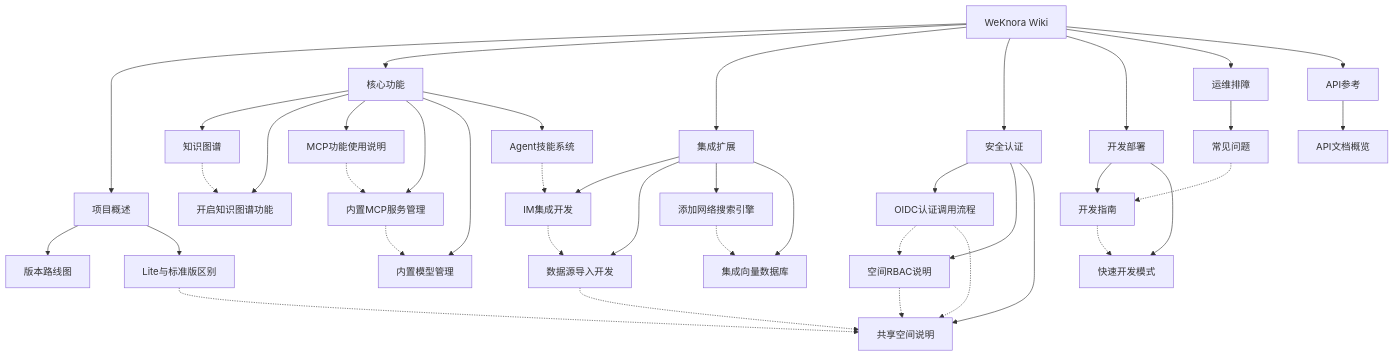
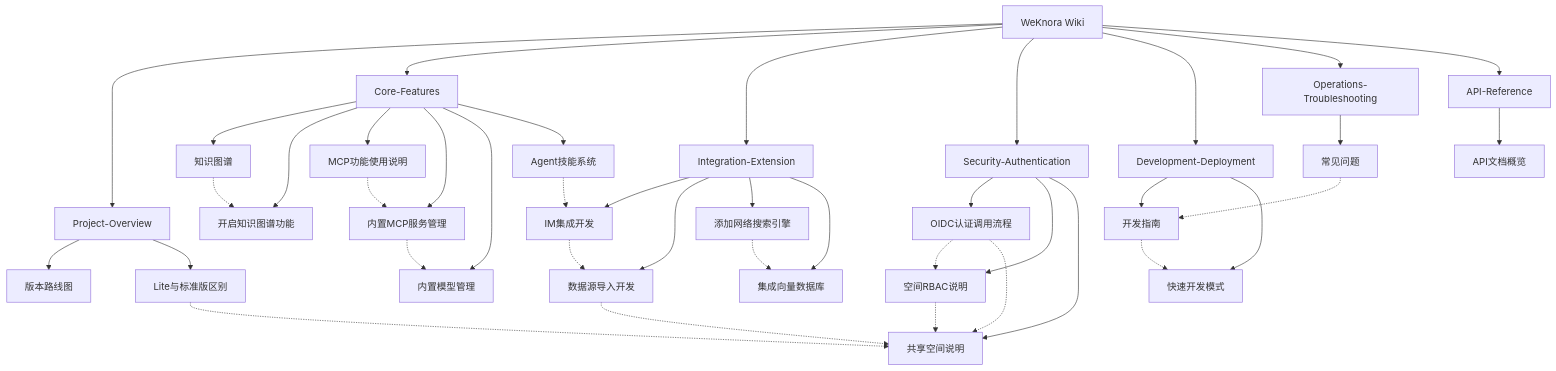
One commit to quantmind-br/WeKnora changed the diagram in docs/wiki/Home.md. Above: the diagram before and after it, drawn with Mermaid. The commit also changed other lines of this file and 49 other files, not shown here.

````diff
--- a/docs/wiki/Home.md
+++ b/docs/wiki/Home.md
@@ -71,51 +71,51 @@
 ```mermaid
 graph TB
     Home[WeKnora Wiki]
-    Home --> 项目概述
-    Home --> 核心功能
-    Home --> 集成扩展
-    Home --> 安全认证
-    Home --> 开发部署
-    Home --> 运维排障
-    Home --> API参考
+    Home --> Project-Overview
+    Home --> Core-Features
+    Home --> Integration-Extension
+    Home --> Security-Authentication
+    Home --> Development-Deployment
+    Home --> Operations-Troubleshooting
+    Home --> API-Reference
 
-    项目概述 --> ROADMAP[版本路线图]
-    项目概述 --> LITE[Lite与标准版区别]
+    Project-Overview --> ROADMAP[版本路线图]
+    Project-Overview --> LITE[Lite与标准版区别]
 
-    核心功能 --> KG[知识图谱]
-    核心功能 --> KGSetup[开启知识图谱功能]
-    核心功能 --> MCP[MCP功能使用说明]
-    核心功能 --> BuiltinMCP[内置MCP服务管理]
-    核心功能 --> BuiltinModel[内置模型管理]
-    核心功能 --> Skills[Agent技能系统]
+    Core-Features --> KG[知识图谱]
+    Core-Features --> KGSetup[开启知识图谱功能]
+    Core-Features --> MCP[MCP功能使用说明]
+    Core-Features --> BuiltinMCP[内置MCP服务管理]
+    Core-Features --> BuiltinModel[内置模型管理]
+    Core-Features --> Skills[Agent技能系统]
 
-    集成扩展 --> IM[IM集成开发]
-    集成扩展 --> DS[数据源导入开发]
-    集成扩展 --> WebSearch[添加网络搜索引擎]
-    集成扩展 --> VecDB[集成向量数据库]
+    Integration-Extension --> IM[IM集成开发]
+    Integration-Extension --> DS[数据源导入开发]
+    Integration-Extension --> WebSearch[添加网络搜索引擎]
+    Integration-Extension --> VecDB[集成向量数据库]
 
-    安全认证 --> OIDC[OIDC认证调用流程]
-    安全认证 --> RBAC[空间RBAC说明]
-    安全认证 --> SharedSpace[共享空间说明]
+    Security-Authentication --> OIDC[OIDC认证调用流程]
+    Security-Authentication --> RBAC[空间RBAC说明]
+    Security-Authentication --> SharedSpace[共享空间说明]
 
-    开发部署 --> DevGuide[开发指南]
-    开发部署 --> QuickDev[快速开发模式]
+    Development-Deployment --> DevGuide[开发指南]
+    Development-Deployment --> QuickDev[快速开发模式]
 
-    运维排障 --> FAQ[常见问题]
+    Operations-Troubleshooting --> FAQ[常见问题]
 
-    API参考 --> APIOverview[API文档概览]
+    API-Reference --> APIOverview[API文档概览]
 
     KG -.-> KGSetup
     MCP -.-> BuiltinMCP
     BuiltinMCP -.-> BuiltinModel
     Skills -.-> IM
     IM -.-> DS
     DS -.-> SharedSpace
     OIDC -.-> RBAC
     RBAC -.-> SharedSpace
     OIDC -.-> SharedSpace
     LITE -.-> SharedSpace
     WebSearch -.-> VecDB
     DevGuide -.-> QuickDev
     FAQ -.-> DevGuide
 ```
````
